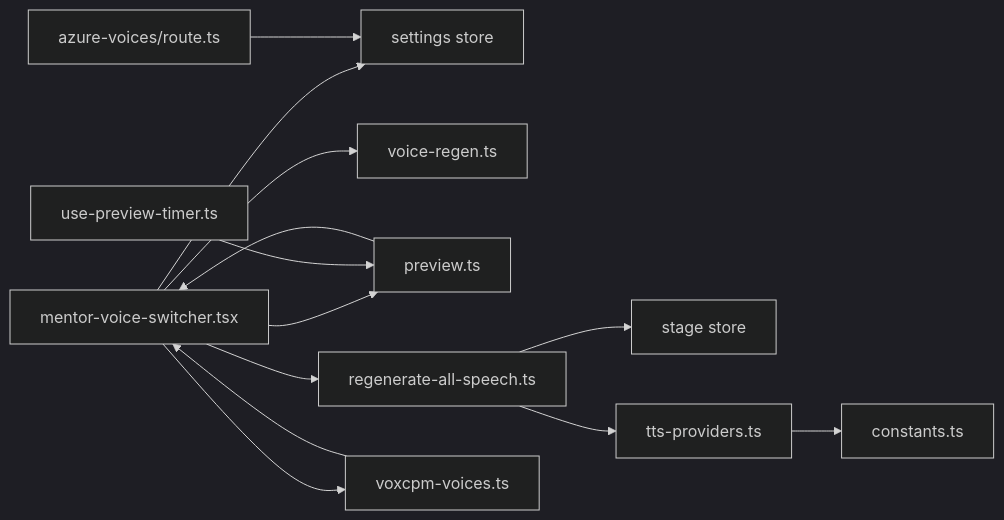
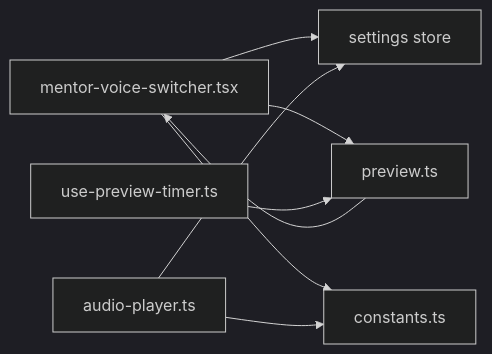
One commit to huangboheng/OpenMAIC changed the eighth of 8 diagrams in .qoder/repowiki/zh/content/UI 组件系统/课堂播放组件/导师语音切换器组件.md. Above: the diagram before and after it, drawn with Mermaid (dark theme). The commit also changed other lines of this file and 9 other files, not shown here.

````diff
--- a/.qoder/repowiki/zh/content/UI 组件系统/课堂播放组件/导师语音切换器组件.md
+++ b/.qoder/repowiki/zh/content/UI 组件系统/课堂播放组件/导师语音切换器组件.md
@@ -661,15 +382,10 @@
 ```mermaid
 graph LR
 VS["mentor-voice-switcher.tsx"] --> SS["settings store"]
-VS --> VR["voice-regen.ts"]
 VS --> PS["preview.ts"]
-VS --> RA["regenerate-all-speech.ts"]
-VS --> VCP["voxcpm-voices.ts"]
-RA --> ST["stage store"]
-RA --> TP["tts-providers.ts"]
-TP --> CT["constants.ts"]
-AZ["azure-voices/route.ts"] --> SS
+VS --> CT["constants.ts"]
+AP["audio-player.ts"] --> SS
+AP --> CT
 PT["use-preview-timer.ts"] --> PS
 PS --> VS
-VCP --> VS
 ```
````
